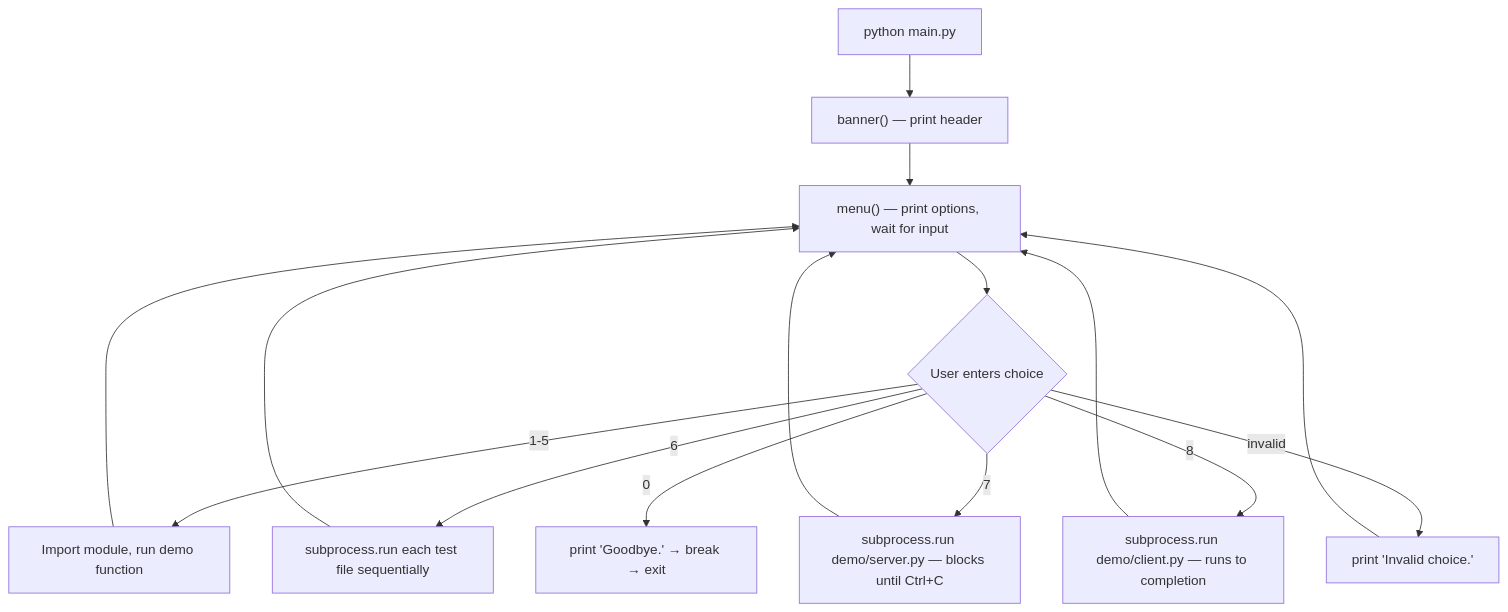
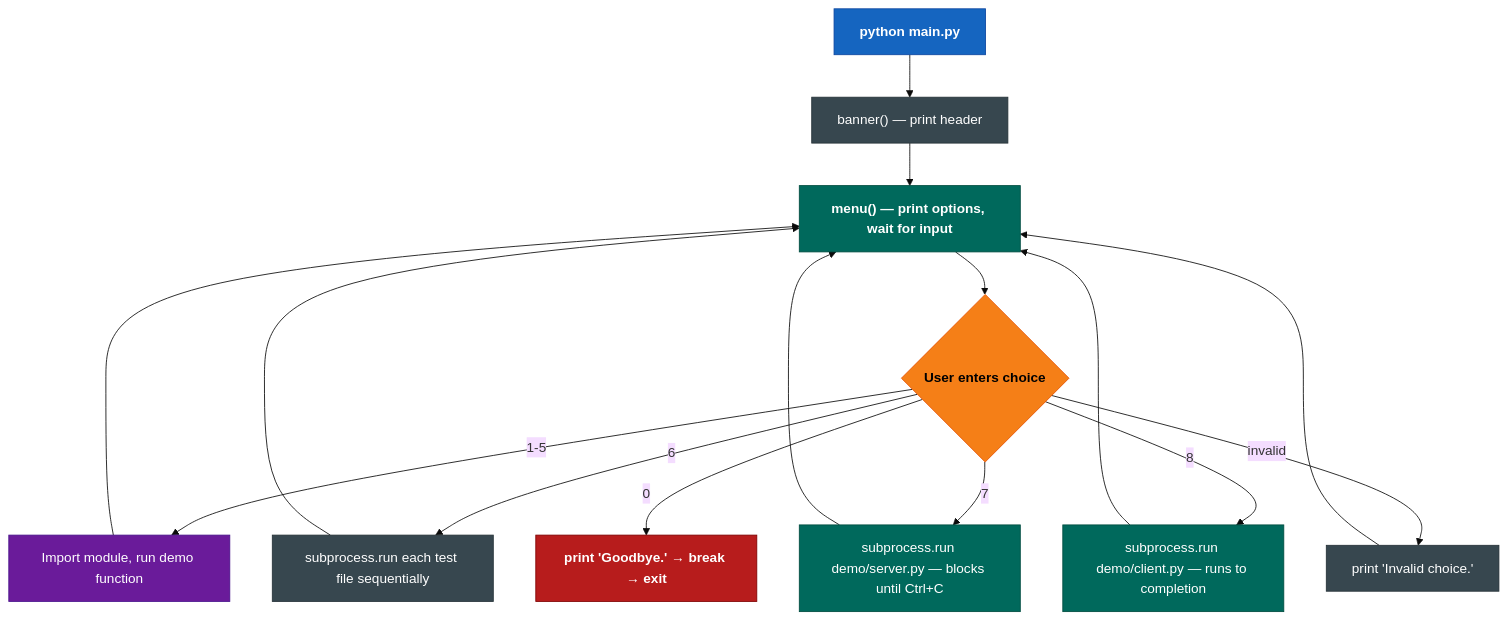
Diagram 11 of 14 in PROJECT_DOCUMENTATION.md (HeshamAfandi/Secure-Communication-System), drawn with Mermaid before and after one commit. The commit also changed other lines of this file, not shown here.

Commit message:
made the diagrams colored

````diff
--- a/PROJECT_DOCUMENTATION.md
+++ b/PROJECT_DOCUMENTATION.md
@@ -864,17 +925,26 @@
 ```mermaid
+%%{init: {'theme': 'base'}}%%
 flowchart TD
-    A["python main.py"] --> B["banner() — print header"]
-    B --> C["menu() — print options, wait for input"]
-    C --> D{User enters choice}
-    D -->|"1-5"| E["Import module, run demo function"]
-    D -->|"6"| F["subprocess.run each test file sequentially"]
-    D -->|"7"| G["subprocess.run demo/server.py — blocks until Ctrl+C"]
-    D -->|"8"| H["subprocess.run demo/client.py — runs to completion"]
-    D -->|"0"| I["print 'Goodbye.' → break → exit"]
-    D -->|"invalid"| J["print 'Invalid choice.'"]
+    classDef start    fill:#1565C0,stroke:#0D47A1,color:#FFFFFF,font-weight:bold
+    classDef loop     fill:#00695C,stroke:#004D40,color:#FFFFFF,font-weight:bold
+    classDef decision fill:#F57F17,stroke:#E65100,color:#000000,font-weight:bold
+    classDef module   fill:#6A1B9A,stroke:#4A148C,color:#FFFFFF
+    classDef demo     fill:#00695C,stroke:#004D40,color:#FFFFFF
+    classDef exit     fill:#B71C1C,stroke:#7F0000,color:#FFFFFF,font-weight:bold
+    classDef warn     fill:#37474F,stroke:#263238,color:#FFFFFF
+
+    A["python main.py"]:::start --> B["banner() — print header"]:::warn
+    B --> C["menu() — print options, wait for input"]:::loop
+    C --> D{User enters choice}:::decision
+    D -->|"1-5"| E["Import module, run demo function"]:::module
+    D -->|"6"| F["subprocess.run each test file sequentially"]:::warn
+    D -->|"7"| G["subprocess.run demo/server.py — blocks until Ctrl+C"]:::demo
+    D -->|"8"| H["subprocess.run demo/client.py — runs to completion"]:::demo
+    D -->|"0"| I["print 'Goodbye.' → break → exit"]:::exit
+    D -->|"invalid"| J["print 'Invalid choice.'"]:::warn
     E --> C
     F --> C
     G --> C
     H --> C
     J --> C
 ```
````
